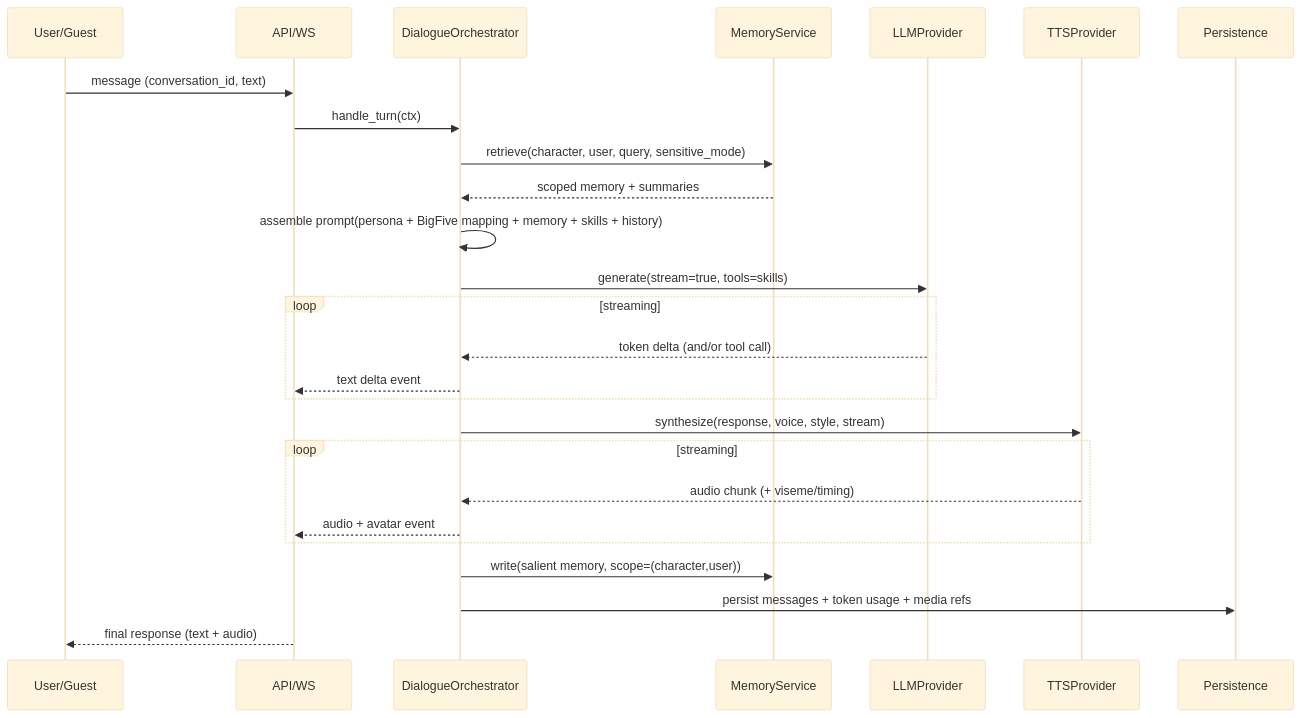
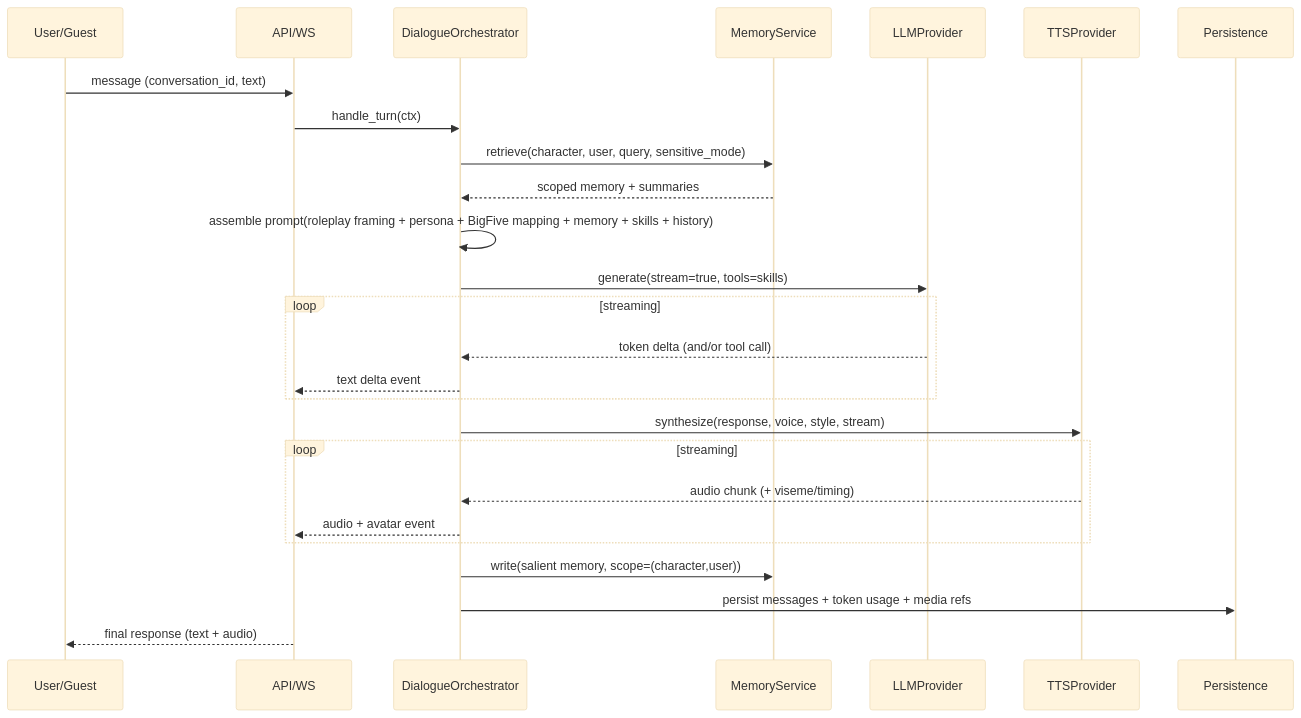
One commit to Nagino-Reina/NagiFlow changed the fourth of 7 diagrams in docs/03-system-architecture.md. Above: the diagram before and after it, drawn with Mermaid (base theme). The commit also changed other lines of this file and 133 other files, not shown here.

````diff
--- a/docs/03-system-architecture.md
+++ b/docs/03-system-architecture.md
@@ -194,29 +196,29 @@
 ```mermaid
 sequenceDiagram
     participant U as User/Guest
     participant API as API/WS
     participant O as DialogueOrchestrator
     participant M as MemoryService
     participant LLM as LLMProvider
     participant T as TTSProvider
     participant DB as Persistence
 
     U->>API: message (conversation_id, text)
     API->>O: handle_turn(ctx)
     O->>M: retrieve(character, user, query, sensitive_mode)
     M-->>O: scoped memory + summaries
-    O->>O: assemble prompt(persona + BigFive mapping + memory + skills + history)
+    O->>O: assemble prompt(roleplay framing + persona + BigFive mapping + memory + skills + history)
     O->>LLM: generate(stream=true, tools=skills)
     loop streaming
         LLM-->>O: token delta (and/or tool call)
         O-->>API: text delta event
     end
     O->>T: synthesize(response, voice, style, stream)
     loop streaming
         T-->>O: audio chunk (+ viseme/timing)
         O-->>API: audio + avatar event
     end
     O->>M: write(salient memory, scope=(character,user))
     O->>DB: persist messages + token usage + media refs
     API-->>U: final response (text + audio)
 ```
````
